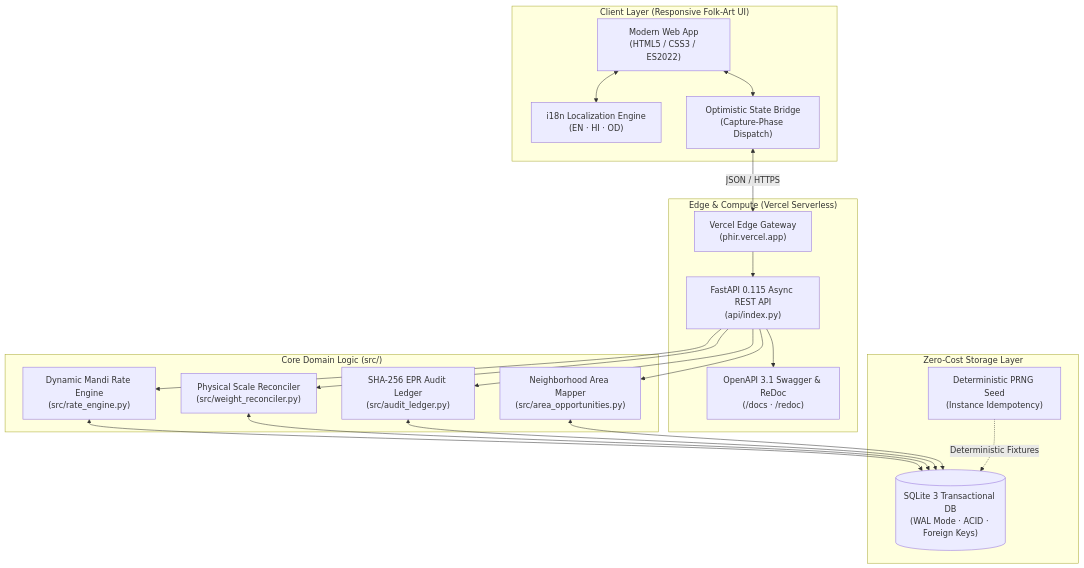
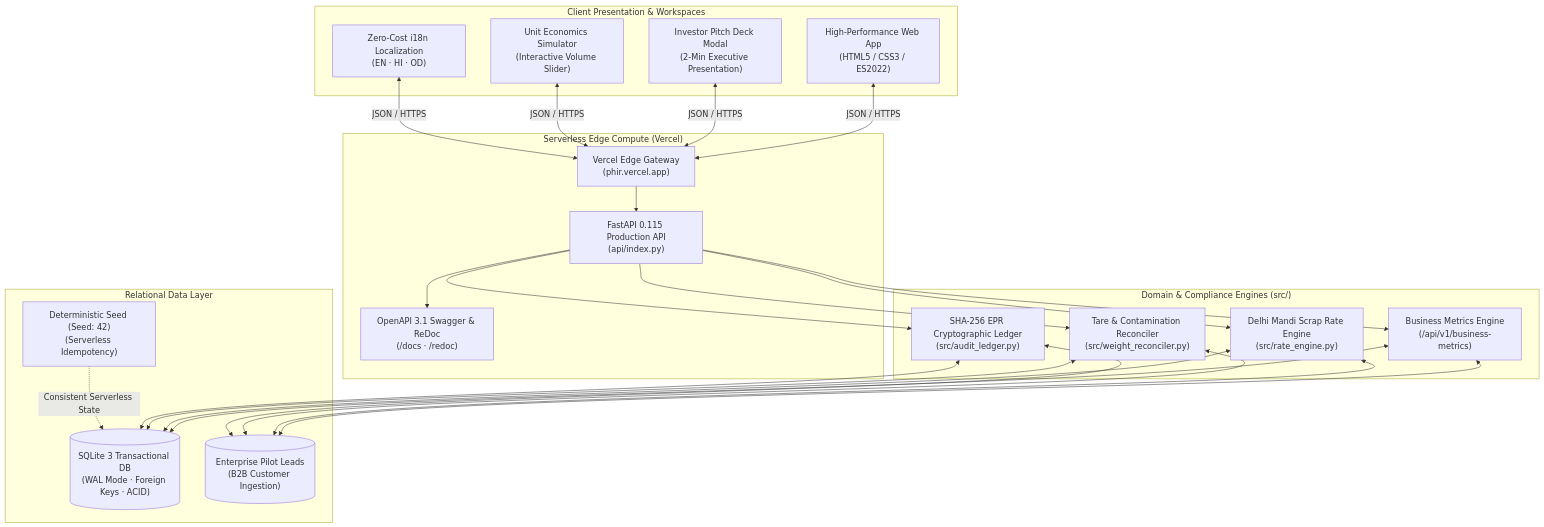
One commit to kamilahmadhashmi/PHIR changed the diagram in README.md. Above: the diagram before and after it, drawn with Mermaid. The commit also changed other lines of this file and 7 other files, not shown here.

````diff
--- a/README.md
+++ b/README.md
@@ -99,38 +159,35 @@
 ```mermaid
 flowchart TD
-    subgraph Client ["Client Layer (Responsive Folk-Art UI)"]
-        UI["Modern Web App\n(HTML5 / CSS3 / ES2022)"]
-        I18N["i18n Localization Engine\n(EN · HI · OD)"]
-        Bridge["Optimistic State Bridge\n(Capture-Phase Dispatch)"]
+    subgraph Client ["Client Presentation & Workspaces"]
+        UI["High-Performance Web App\n(HTML5 / CSS3 / ES2022)"]
+        PitchDeck["Investor Pitch Deck Modal\n(2-Min Executive Presentation)"]
+        Simulator["Unit Economics Simulator\n(Interactive Volume Slider)"]
+        I18N["Zero-Cost i18n Localization\n(EN · HI · OD)"]
     end
 
-    subgraph Serverless ["Edge & Compute (Vercel Serverless)"]
-        Vercel["Vercel Edge Gateway\n(phir.vercel.app)"]
-        API["FastAPI 0.115 Async REST API\n(api/index.py)"]
+    subgraph EdgeCompute ["Serverless Edge Compute (Vercel)"]
+        Edge["Vercel Edge Gateway\n(phir.vercel.app)"]
+        FastAPI["FastAPI 0.115 Production API\n(api/index.py)"]
         Docs["OpenAPI 3.1 Swagger & ReDoc\n(/docs · /redoc)"]
     end
 
-    subgraph Engines ["Core Domain Logic (src/)"]
-        Rate["Dynamic Mandi Rate Engine\n(src/rate_engine.py)"]
-        Recon["Physical Scale Reconciler\n(src/weight_reconciler.py)"]
-        Ledger["SHA-256 EPR Audit Ledger\n(src/audit_ledger.py)"]
-        Route["Neighborhood Area Mapper\n(src/area_opportunities.py)"]
+    subgraph CoreEngines ["Domain & Compliance Engines (src/)"]
+        BizEngine["Business Metrics Engine\n(/api/v1/business-metrics)"]
+        RateEngine["Delhi Mandi Scrap Rate Engine\n(src/rate_engine.py)"]
+        ScaleRecon["Tare & Contamination Reconciler\n(src/weight_reconciler.py)"]
+        AuditLedger["SHA-256 EPR Cryptographic Ledger\n(src/audit_ledger.py)"]
     end
 
-    subgraph Data ["Zero-Cost Storage Layer"]
-        DB[("SQLite 3 Transactional DB\n(WAL Mode · ACID · Foreign Keys)")]
-        Seed["Deterministic PRNG Seed\n(Instance Idempotency)"]
+    subgraph Storage ["Relational Data Layer"]
+        DB[("SQLite 3 Transactional DB\n(WAL Mode · Foreign Keys · ACID)")]
+        PilotReqs[("Enterprise Pilot Leads\n(B2B Customer Ingestion)")]
+        DeterministicSeed["Deterministic Seed (Seed: 42)\n(Serverless Idempotency)"]
     end
 
-    UI <--> I18N
-    UI <--> Bridge
-    Bridge <-->|JSON / HTTPS| Vercel
-    Vercel --> API
-    API --> Docs
-    API --> Rate
-    API --> Recon
-    API --> Ledger
-    API --> Route
-    Rate & Recon & Ledger & Route <--> DB
-    Seed -.->|Deterministic Fixtures| DB
+    UI & PitchDeck & Simulator & I18N <-->|JSON / HTTPS| Edge
+    Edge --> FastAPI
+    FastAPI --> Docs
+    FastAPI --> BizEngine & RateEngine & ScaleRecon & AuditLedger
+    BizEngine & RateEngine & ScaleRecon & AuditLedger <--> DB & PilotReqs
+    DeterministicSeed -.->|Consistent Serverless State| DB
 ```
````
